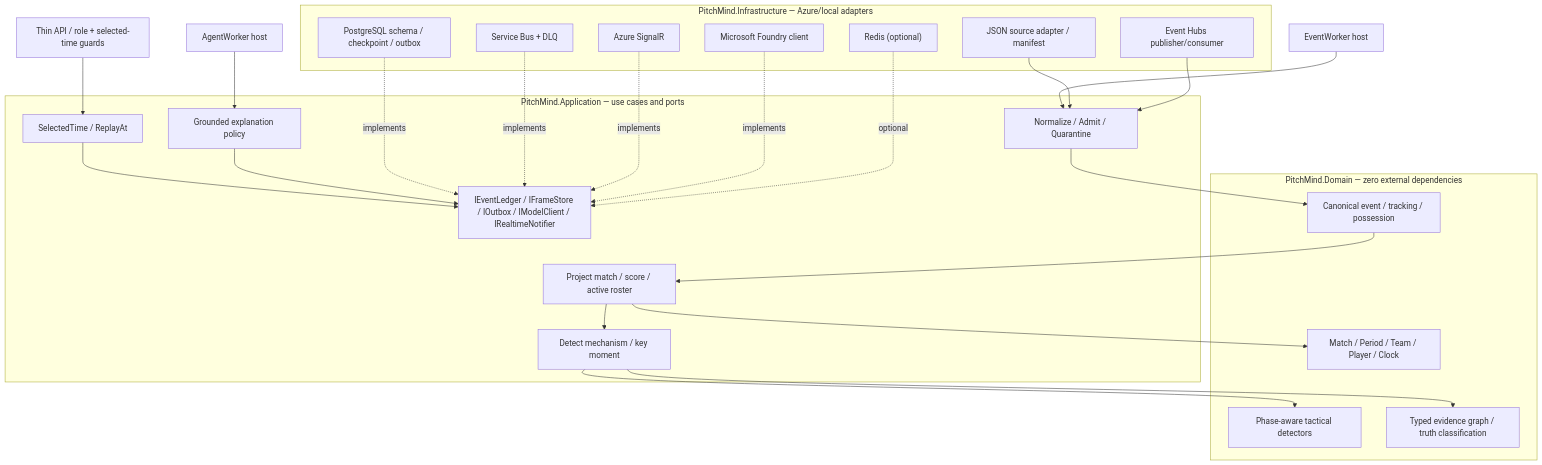
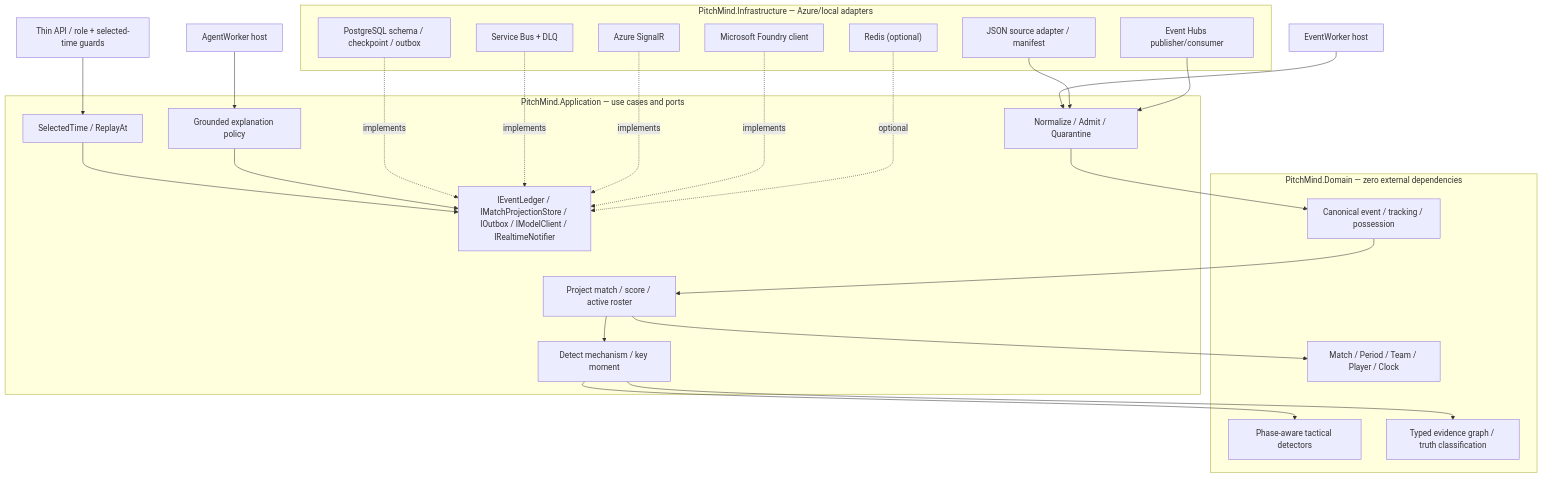
One commit to prateekgangopadhyay/PitchMind changed the second of 2 diagrams in docs/architecture/03-components.md. Above: the diagram before and after it, drawn with Mermaid. The commit also changed other lines of this file and 5 other files, not shown here.

````diff
--- a/docs/architecture/03-components.md
+++ b/docs/architecture/03-components.md
@@ -27,42 +28,42 @@
 ```mermaid
 flowchart TB
   subgraph Domain["PitchMind.Domain — zero external dependencies"]
     MatchId["Match / Period / Team / Player / Clock"]
     Facts["Canonical event / tracking / possession"]
     Rules["Phase-aware tactical detectors"]
     Evidence["Typed evidence graph / truth classification"]
   end
   subgraph App["PitchMind.Application — use cases and ports"]
     Validate["Normalize / Admit / Quarantine"]
     Project["Project match / score / active roster"]
     Detect["Detect mechanism / key moment"]
     Query["SelectedTime / ReplayAt"]
     Explain["Grounded explanation policy"]
-    Ports["IEventLedger / IFrameStore / IOutbox / IModelClient / IRealtimeNotifier"]
+    Ports["IEventLedger / IMatchProjectionStore / IOutbox / IModelClient / IRealtimeNotifier"]
   end
   subgraph Infra["PitchMind.Infrastructure — Azure/local adapters"]
     Feed["JSON source adapter / manifest"]
     Pg["PostgreSQL schema / checkpoint / outbox"]
     EventHubs["Event Hubs publisher/consumer"]
     Bus["Service Bus + DLQ"]
     Hub["Azure SignalR"]
     Model["Microsoft Foundry client"]
     Cache["Redis (optional)"]
   end
   BFF["Thin API / role + selected-time guards"] --> Query
   EventWorker2["EventWorker host"] --> Validate
   AgentWorker2["AgentWorker host"] --> Explain
   Feed --> Validate
   EventHubs --> Validate
   Validate --> Facts
   Facts --> Project --> MatchId
   Project --> Detect --> Rules
   Detect --> Evidence
   Query --> Ports
   Explain --> Ports
   Pg -. "implements" .-> Ports
   Bus -. "implements" .-> Ports
   Hub -. "implements" .-> Ports
   Model -. "implements" .-> Ports
   Cache -. "optional" .-> Ports
 ```
````
